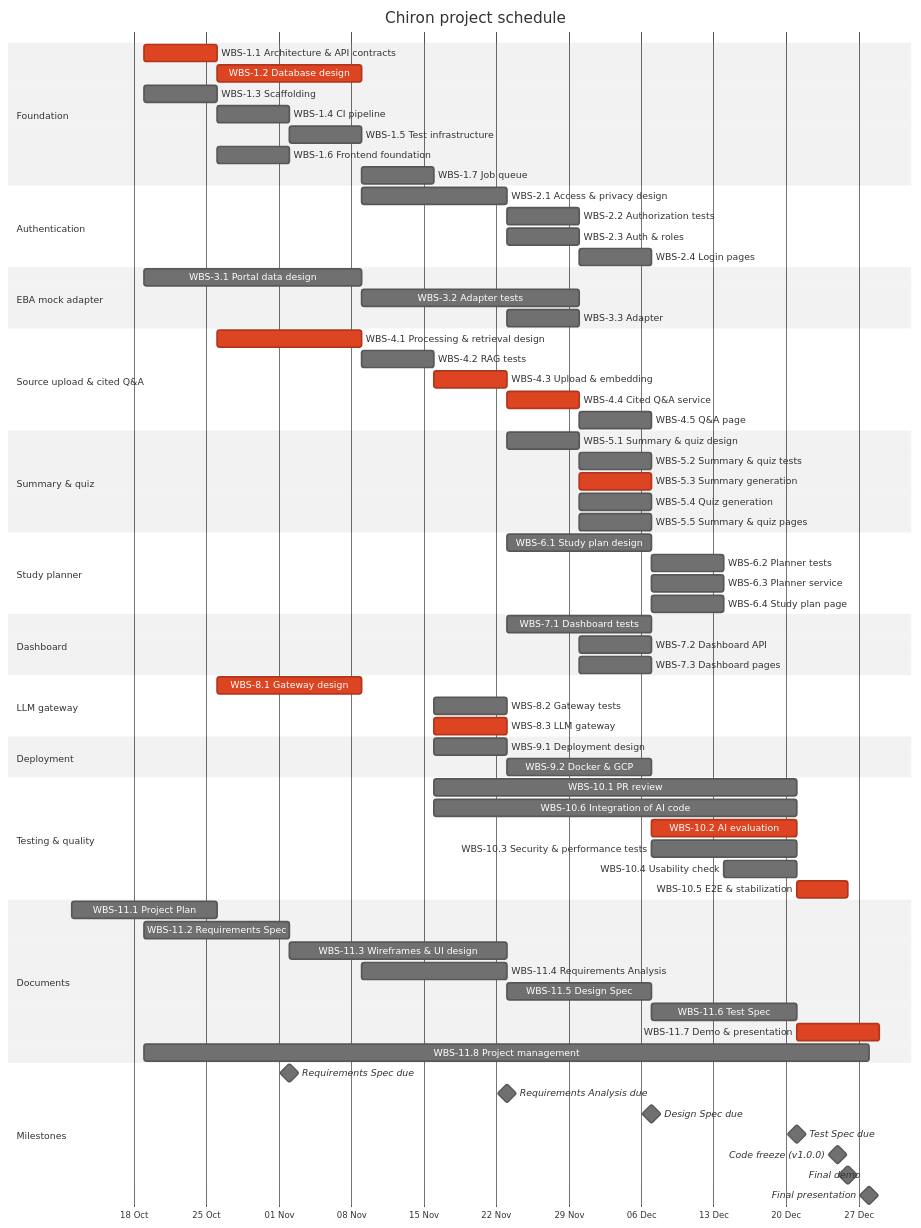
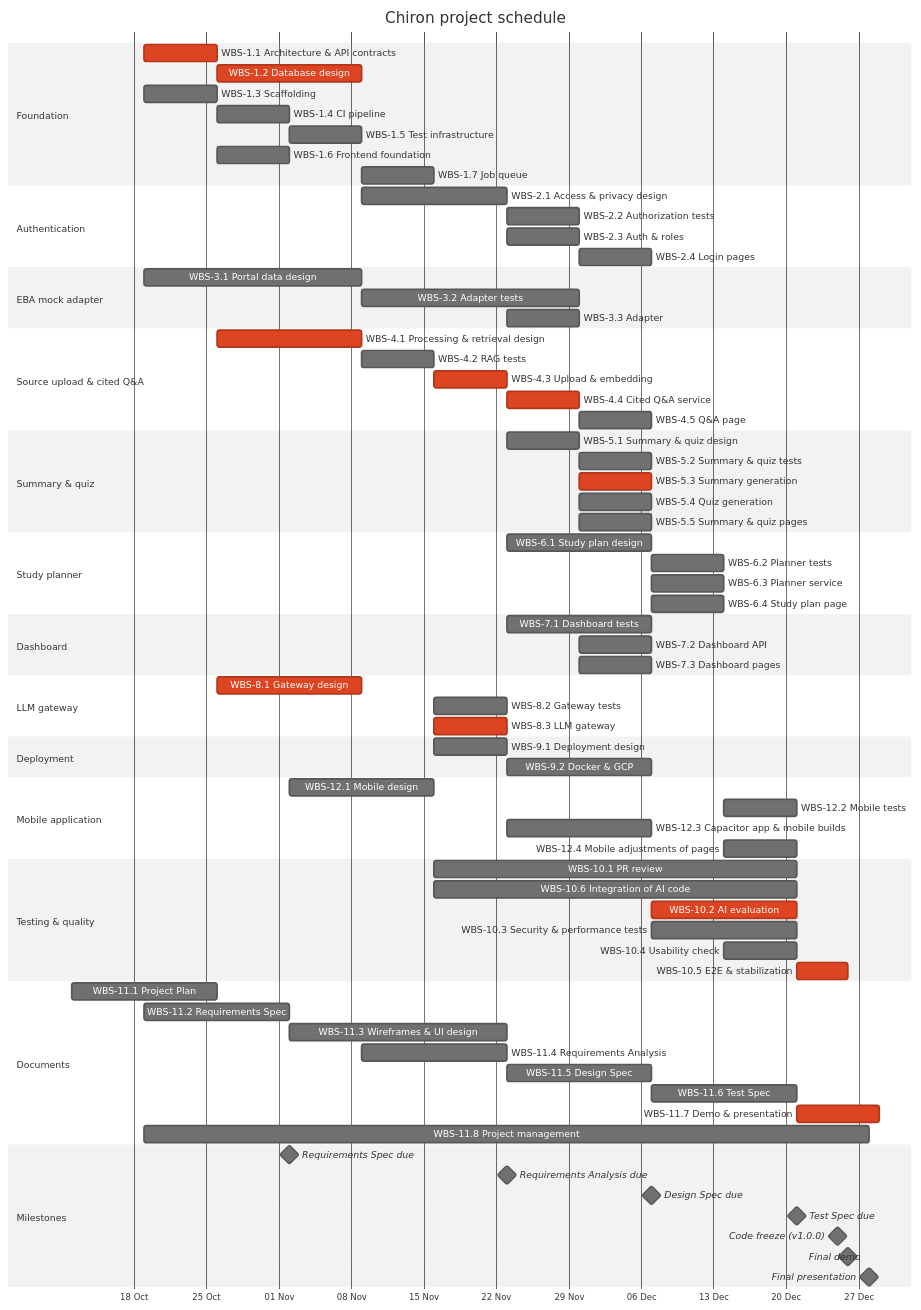
The second of 2 diagrams in docs/ProjectPlan.md (Bur8300/Chiron), drawn with Mermaid (neutral theme) before and after one commit. The commit also changed other lines of this file, not shown here.

First line of the commit message:
Add mobile application to Project Plan scope after TA review

```diff
--- a/docs/ProjectPlan.md
+++ b/docs/ProjectPlan.md
@@ -659,6 +700,12 @@
     WBS-9.1 Deployment design               :w9_1, 2026-11-16, 1w
     WBS-9.2 Docker & GCP                    :w9_2, 2026-11-23, 2w
 
+    section Mobile application
+    WBS-12.1 Mobile design                  :w12_1, 2026-11-02, 2w
+    WBS-12.2 Mobile tests                   :w12_2, 2026-12-14, 1w
+    WBS-12.3 Capacitor app & mobile builds   :w12_3, 2026-11-23, 2w
+    WBS-12.4 Mobile adjustments of pages    :w12_4, 2026-12-14, 1w
+
     section Testing & quality
     WBS-10.1 PR review                      :w10_1, 2026-11-16, 5w
     WBS-10.6 Integration of AI code         :w10_6, 2026-11-16, 5w
```
